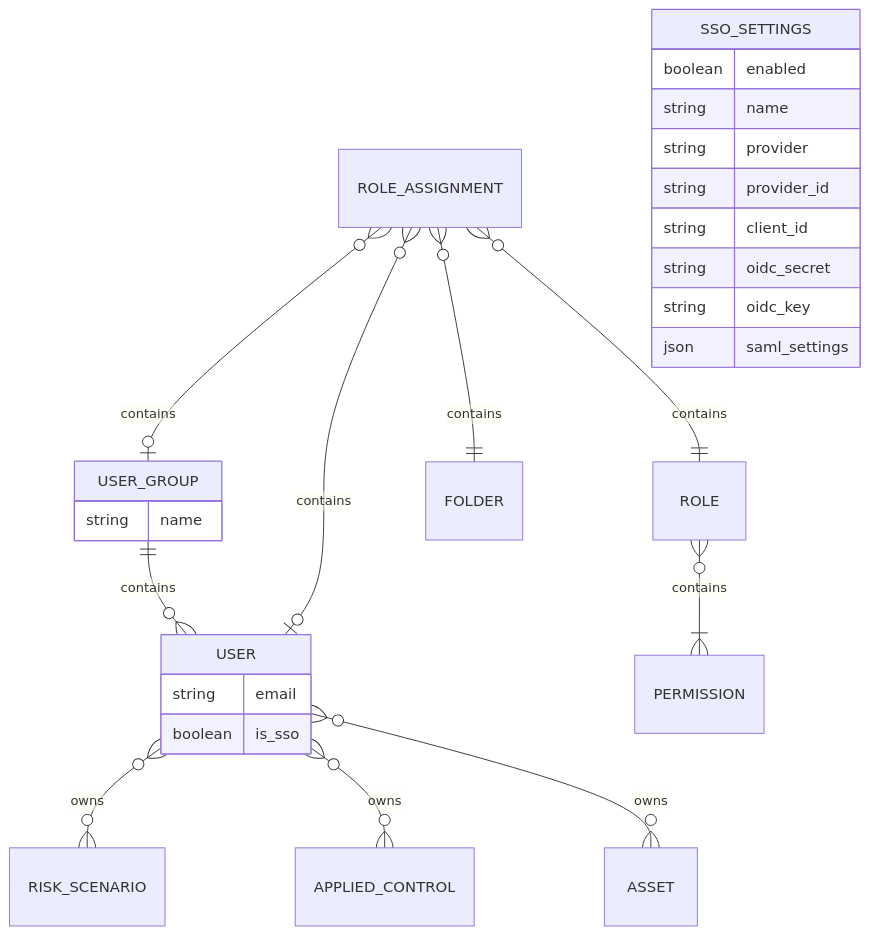
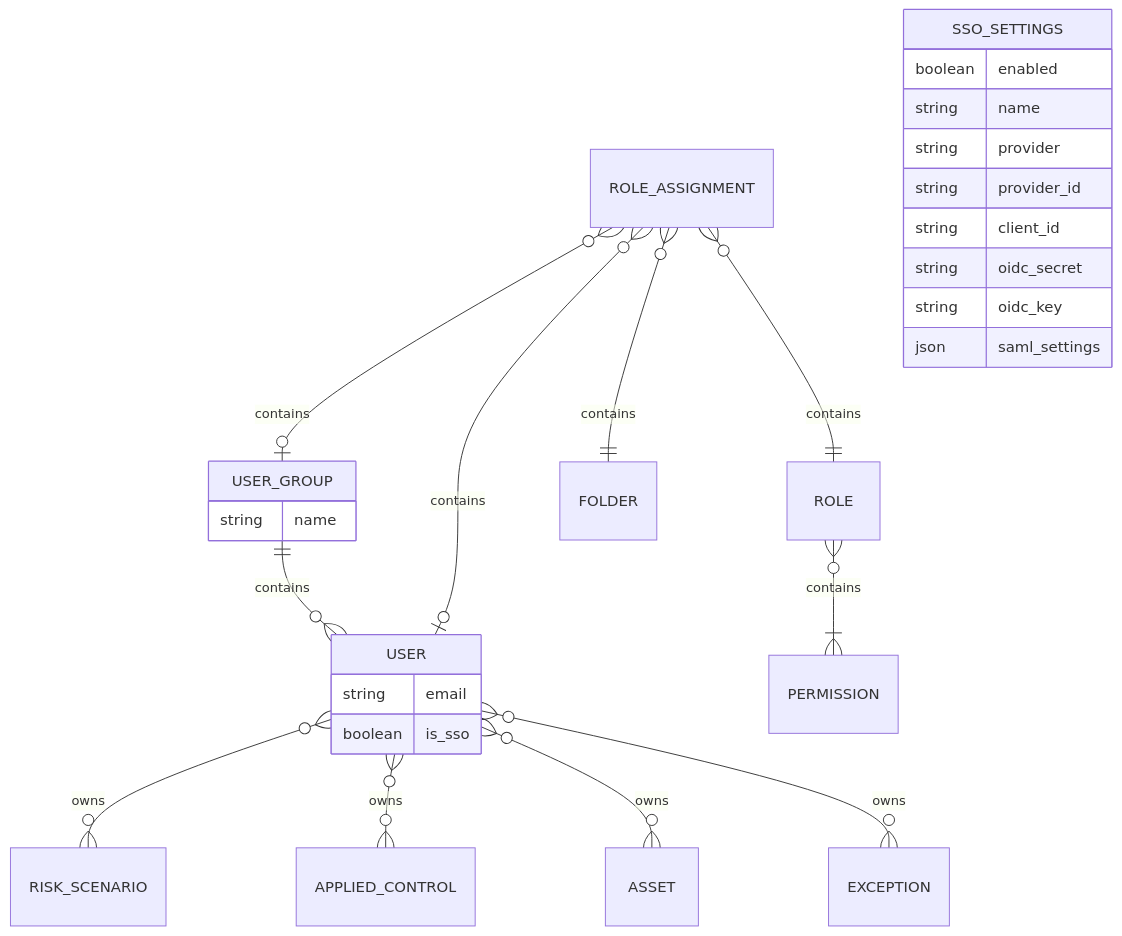
Before and after one commit to intuitem/ciso-assistant-community: the first of 12 diagrams in documentation/architecture/data-model.md, drawn with Mermaid. The commit also changed other lines of this file, not shown here.

````diff
--- a/documentation/architecture/data-model.md
+++ b/documentation/architecture/data-model.md
@@ -7,35 +7,36 @@
 ```mermaid
 erDiagram
 
     USER }o--o{ RISK_SCENARIO  : owns
     USER }o--o{ APPLIED_CONTROL: owns
     USER }o--o{ ASSET          : owns
+    USER }o--o{ EXCEPTION      : owns
 
     USER_GROUP      ||--o{ USER      : contains
     ROLE            }o--|{ PERMISSION: contains
     ROLE_ASSIGNMENT }o--o| USER_GROUP: contains
     ROLE_ASSIGNMENT }o--o| USER      : contains
     ROLE_ASSIGNMENT }o--|| FOLDER    : contains
     ROLE_ASSIGNMENT }o--|| ROLE      : contains
 
     USER {
         string  email
         boolean is_sso
     }
 
     USER_GROUP {
         string name
     }
 
     SSO_SETTINGS {
         boolean enabled
         string  name
         string  provider
         string  provider_id
         string  client_id
         string  oidc_secret
         string  oidc_key
         json    saml_settings
     }
 
 ```
````
